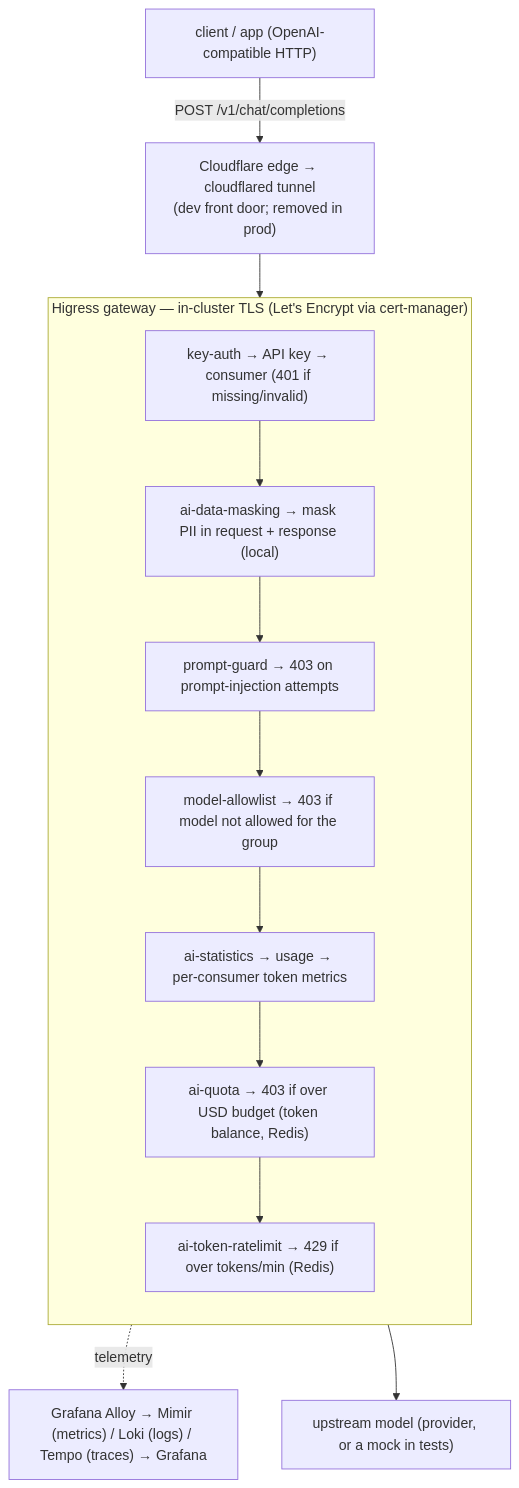
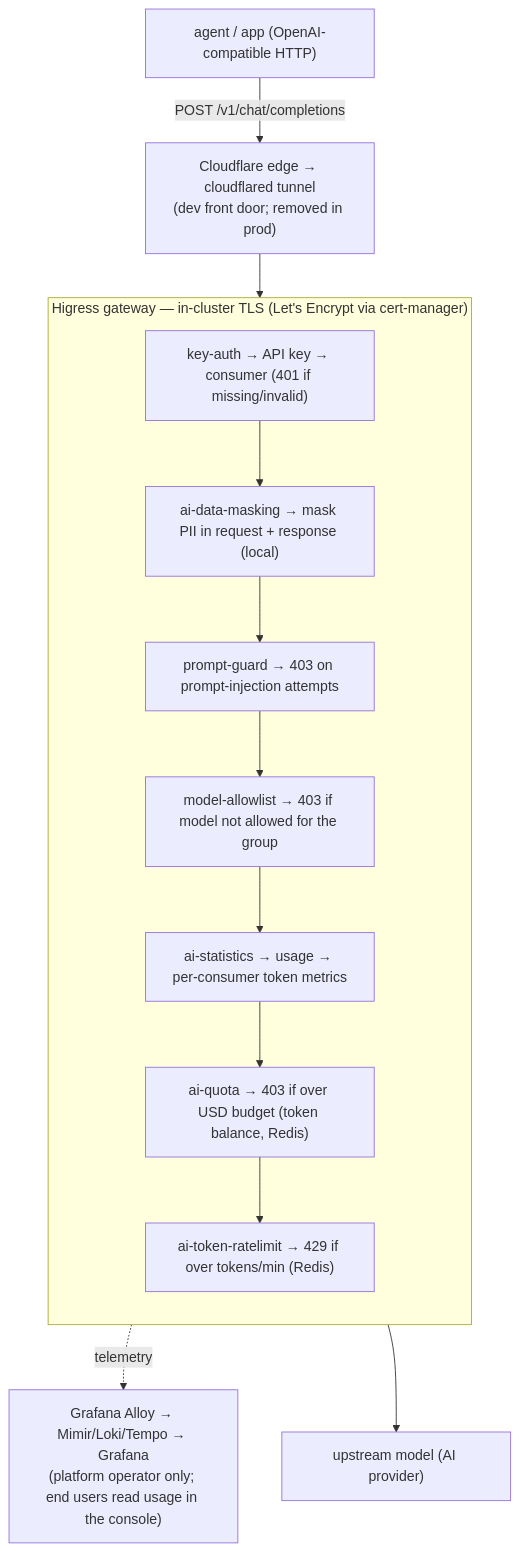
One commit to opsta/opsta-ai-gateway-docs changed the first of 2 diagrams in docs/intro/architecture.md. Above: the diagram before and after it, drawn with Mermaid. The commit also changed other lines of this file, not shown here.

Commit message:
intro(architecture): simplify to high-level product doc, add console to diagrams

````diff
--- a/docs/intro/architecture.md
+++ b/docs/intro/architecture.md
@@ -9,20 +9,20 @@
 ```mermaid
 flowchart TD
-  client["client / app (OpenAI-compatible HTTP)"]
+  client["agent / app (OpenAI-compatible HTTP)"]
   cf["Cloudflare edge → cloudflared tunnel<br/>(dev front door; removed in prod)"]
   subgraph gw["Higress gateway — in-cluster TLS (Let's Encrypt via cert-manager)"]
     direction TB
     p0["key-auth → API key → consumer (401 if missing/invalid)"]
     p1["ai-data-masking → mask PII in request + response (local)"]
     p2["prompt-guard → 403 on prompt-injection attempts"]
     p3["model-allowlist → 403 if model not allowed for the group"]
     p4["ai-statistics → usage → per-consumer token metrics"]
     pq["ai-quota → 403 if over USD budget (token balance, Redis)"]
     p5["ai-token-ratelimit → 429 if over tokens/min (Redis)"]
     p0 --> p1 --> p2 --> p3 --> p4 --> pq --> p5
   end
-  model["upstream model (provider, or a mock in tests)"]
-  obs["Grafana Alloy → Mimir (metrics) / Loki (logs) / Tempo (traces) → Grafana"]
+  model["upstream model (AI provider)"]
+  obs["Grafana Alloy → Mimir/Loki/Tempo → Grafana<br/>(platform operator only; end users read usage in the console)"]
   client -->|"POST /v1/chat/completions"| cf --> gw --> model
   p5 -.->|telemetry| obs
 ```
````
